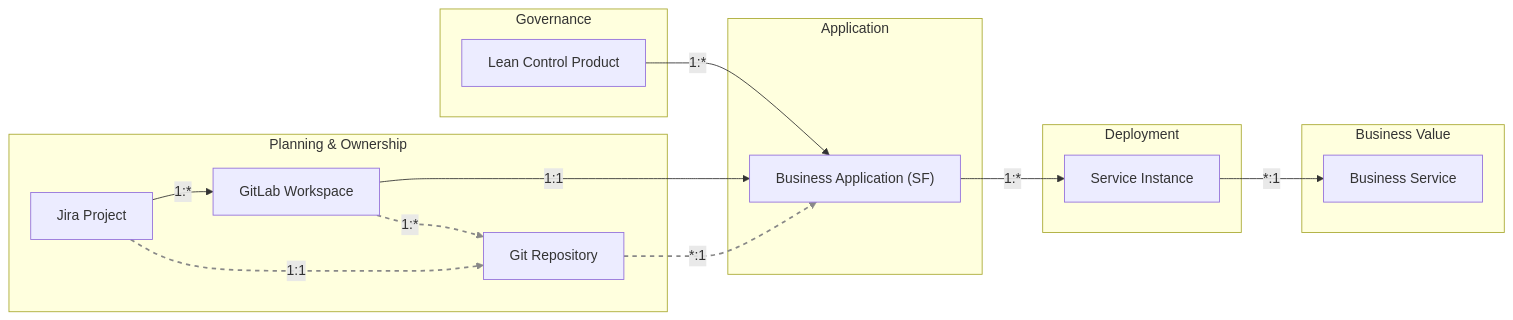
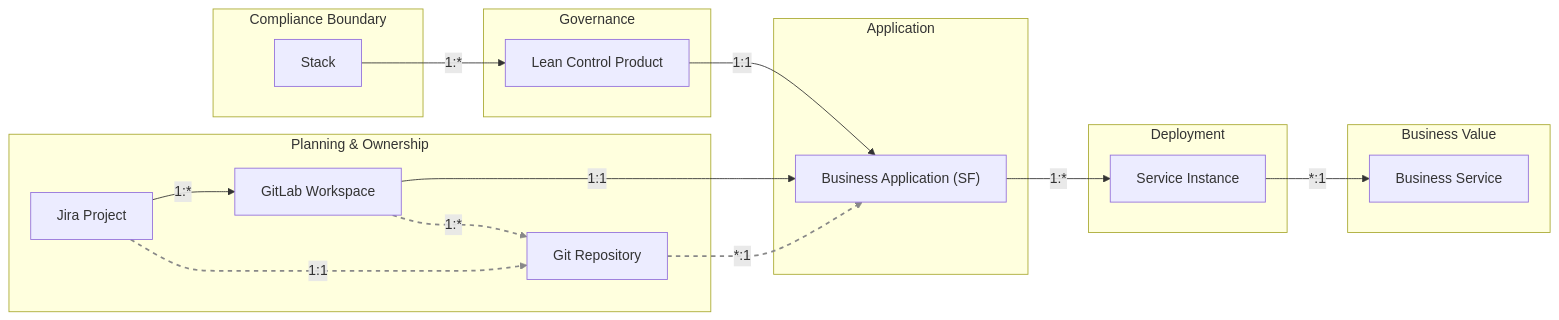
Before and after one commit to kingfadzi/lct_data: the diagram in model_flow.mmd, drawn with Mermaid. The commit also changed 1 other file, not shown here.

```diff
--- a/model_flow.mmd
+++ b/model_flow.mmd
@@ -1,36 +1,40 @@
 flowchart LR
+    subgraph StackLayer["Compliance Boundary"]
+        Stack["Stack"]
+    end
+
     subgraph Governance["Governance"]
         LCP["Lean Control Product"]
     end
 
     subgraph Planning["Planning & Ownership"]
         Jira["Jira Project"]
         GitWS["GitLab Workspace"]
         GitRepo["Git Repository"]
     end
 
     subgraph Development["Application"]
         BA["Business Application (SF)"]
     end
 
     subgraph Deployment["Deployment"]
         SI["Service Instance"]
     end
 
     subgraph Value["Business Value"]
         BS["Business Service"]
     end
 
-    LCP -- "1:*" --> BA
+    Stack -- "1:*" --> LCP
+    LCP -- "1:1" --> BA
     GitWS -. "1:*" .-> GitRepo
     GitWS -- "1:1" --> BA
     Jira -- "1:*" --> GitWS
     BA -- "1:*" --> SI
     SI -- "*:1" --> BS
     GitRepo -. "*:1" .-> BA
     Jira -. "1:1" .-> GitRepo
 
-%% Style dotted lines in gray
-    linkStyle 1 stroke:#888,stroke-width:2px,stroke-dasharray: 5,5;
-linkStyle 6 stroke:#888,stroke-width:2px,stroke-dasharray: 5,5;
-linkStyle 7 stroke:#888,stroke-width:2px,stroke-dasharray: 5,5;
+    linkStyle 2 stroke:#888,stroke-width:2px,stroke-dasharray:5,5;
+linkStyle 7 stroke:#888,stroke-width:2px,stroke-dasharray:5,5;
+linkStyle 8 stroke:#888,stroke-width:2px,stroke-dasharray:5,5;
```
